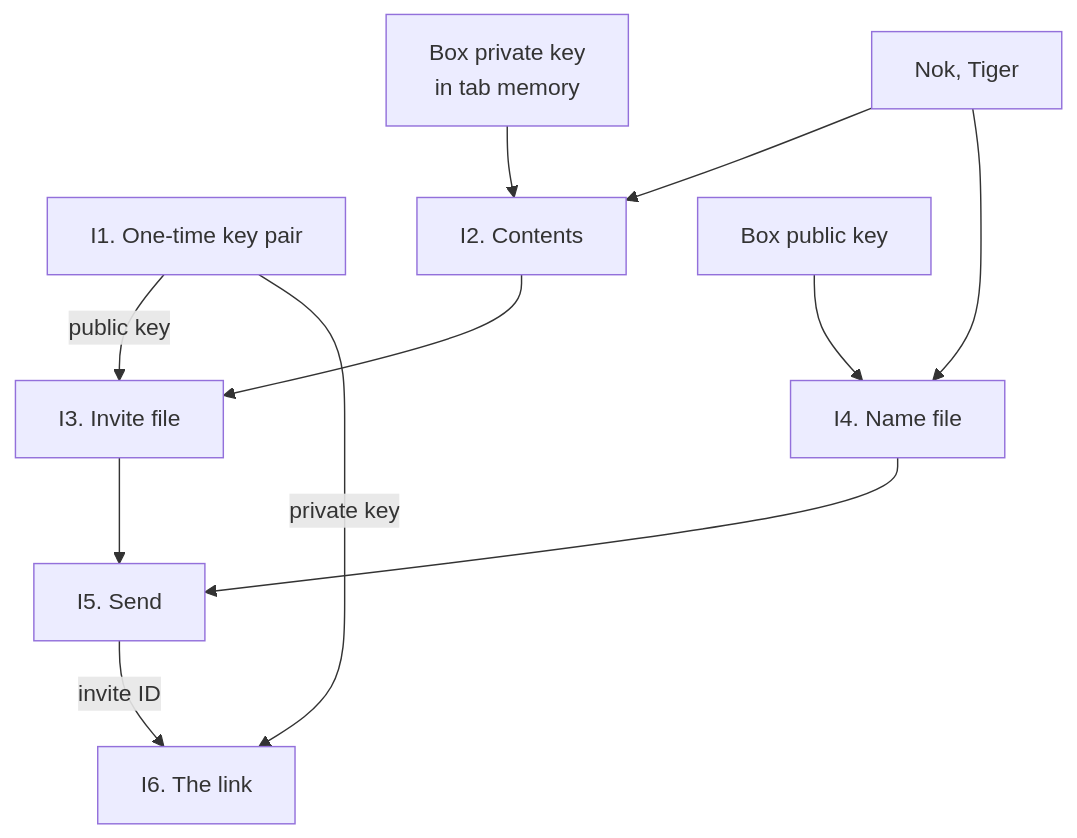
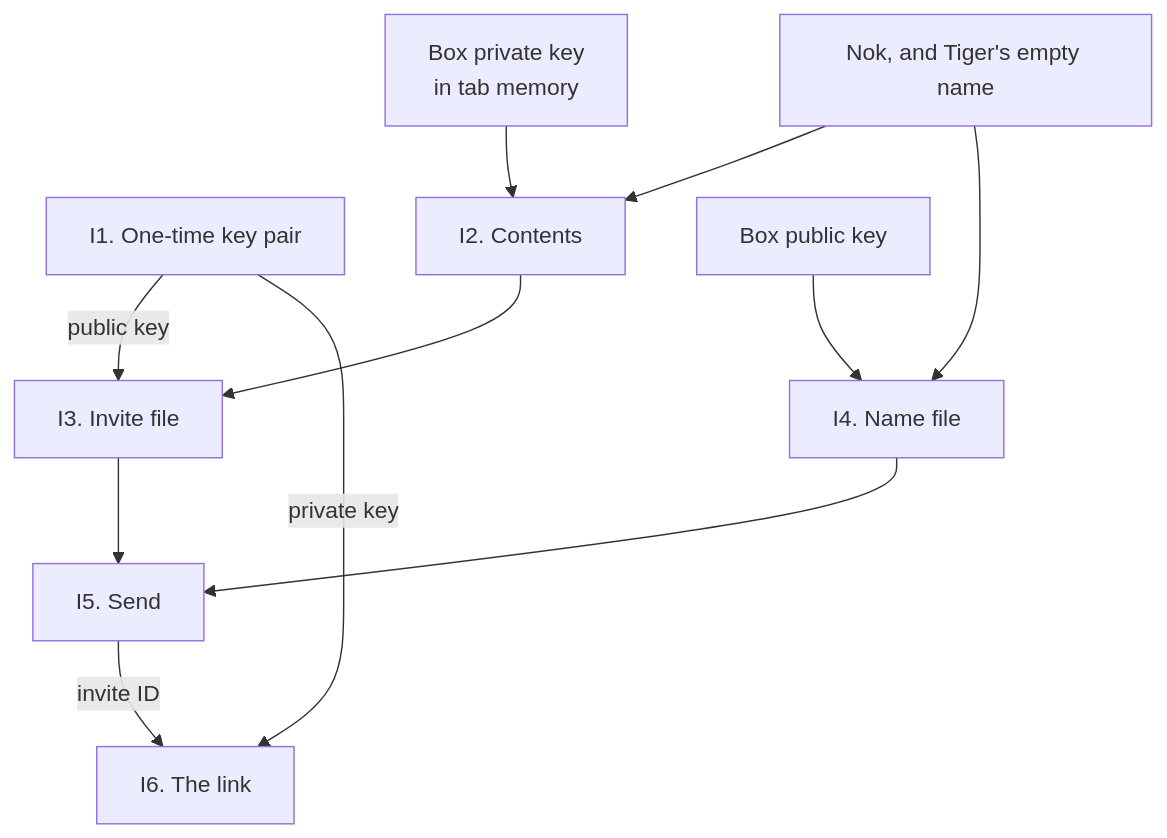
Before and after one commit to intaniger/secretbox: the second of 2 diagrams in docs/04-create-invite.md, drawn with Mermaid. The commit also changed other lines of this file and 26 other files, not shown here.

````diff
--- a/docs/04-create-invite.md
+++ b/docs/04-create-invite.md
@@ -46,13 +46,13 @@
 ```mermaid
 flowchart TD
   I1["I1. One-time key pair"] -->|public key| I3["I3. Invite file"]
   BK["Box private key<br/>in tab memory"] --> I2["I2. Contents"]
-  NM["Nok, Tiger"] --> I2
+  NM["Nok, and Tiger's empty name"] --> I2
   I2 --> I3
   NM --> I4["I4. Name file"]
   BP["Box public key"] --> I4
   I3 --> I5["I5. Send"]
   I4 --> I5
   I5 -->|invite ID| I6["I6. The link"]
   I1 -->|private key| I6
 ```
````
